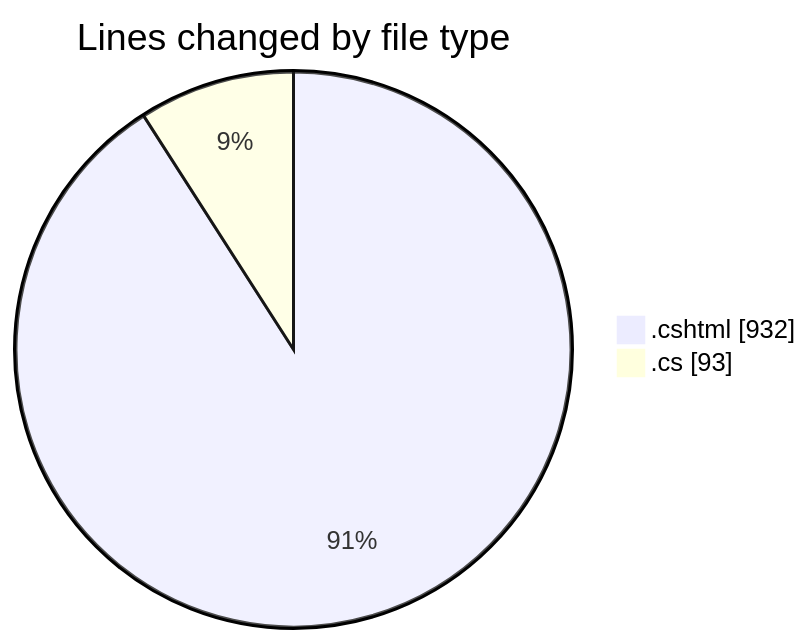
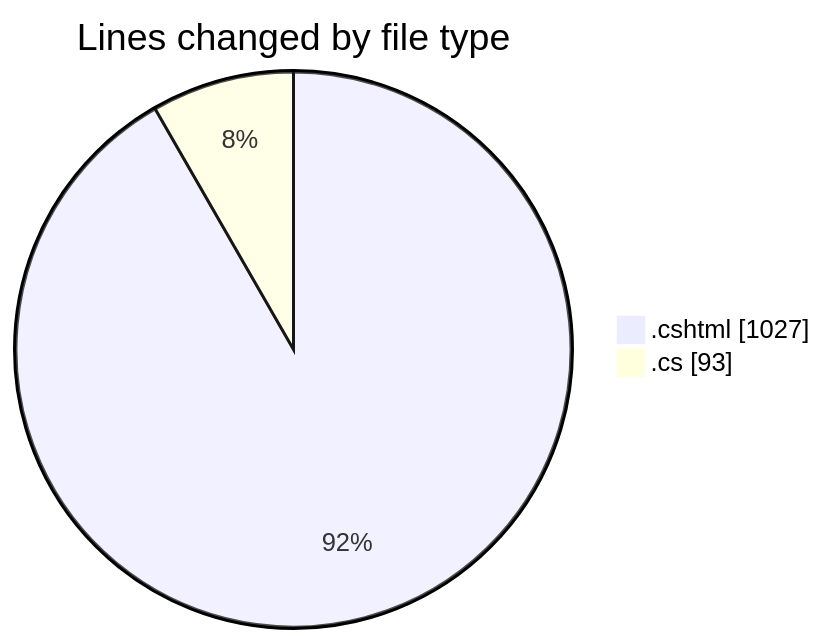
Before and after one commit to lephambinh05/code-tracking: the first of 2 diagrams in 2025-07-20/nhahang/README.md, drawn with Mermaid. The commit also changed other lines of this file and 1 other file, not shown here.

````diff
--- a/2025-07-20/nhahang/README.md
+++ b/2025-07-20/nhahang/README.md
@@ -25,6 +25,6 @@
 ```mermaid
 pie showData
 title Lines changed by file type
-".cshtml" : 932
+".cshtml" : 1027
 ".cs" : 93
 ```
````
